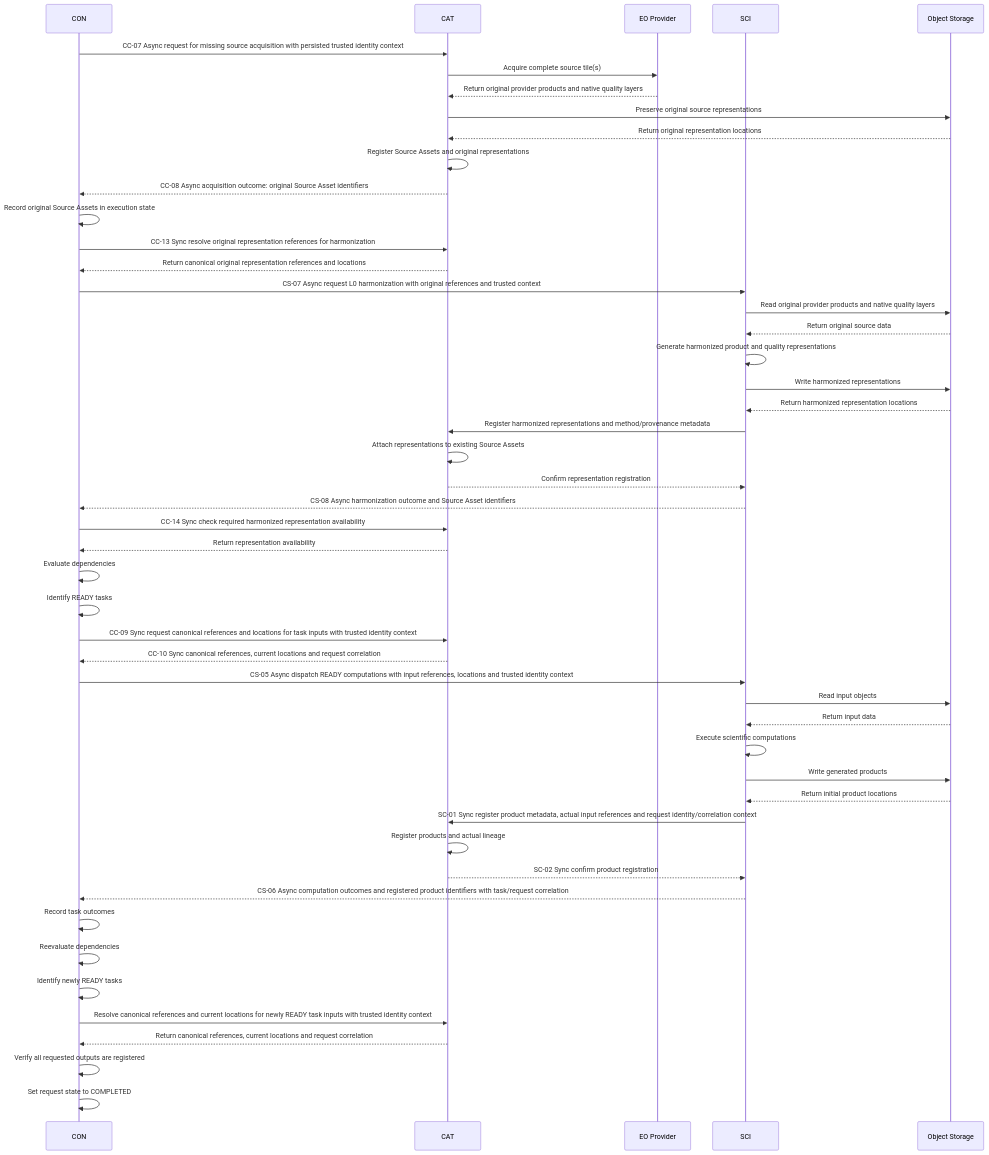
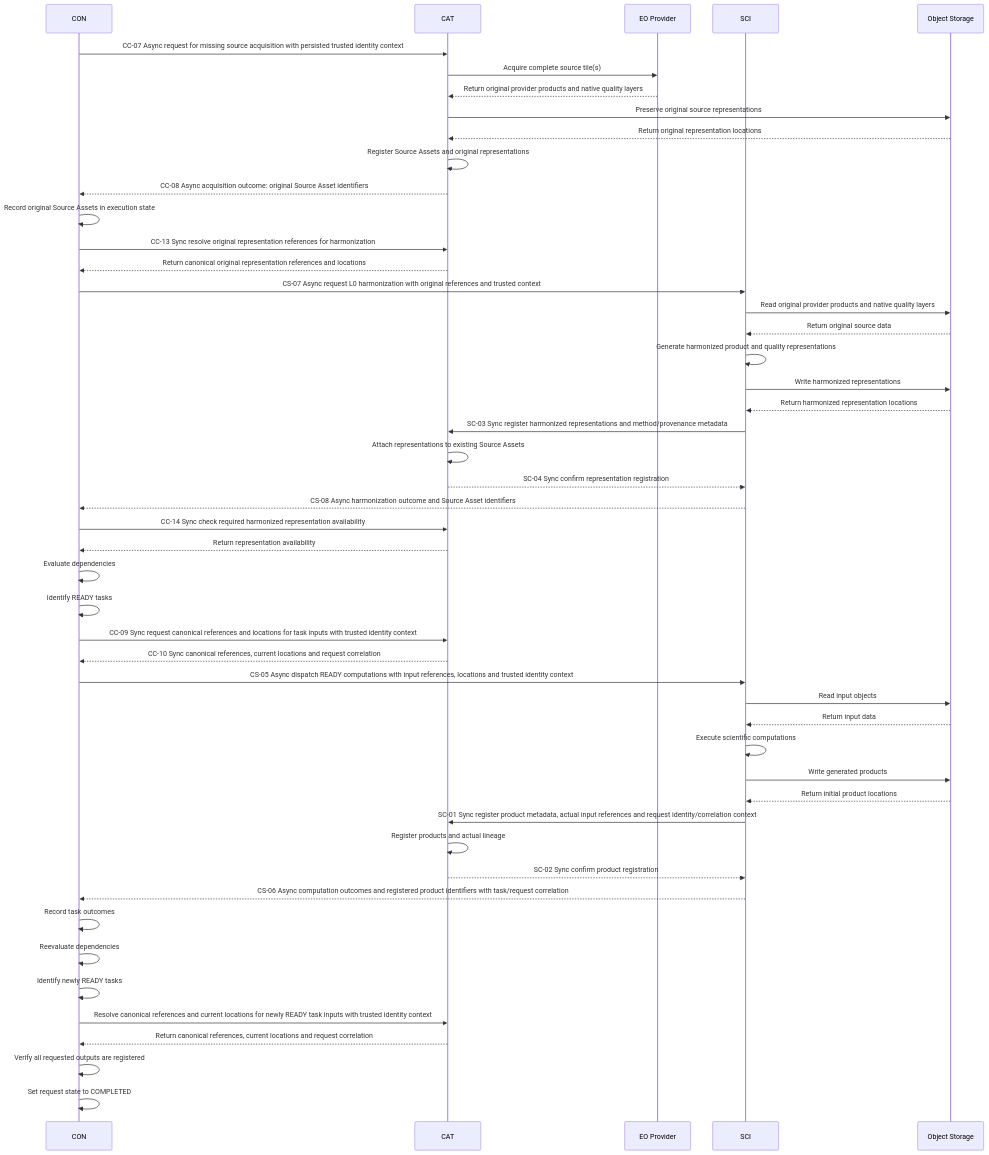
The diagram in documentation/architecture/sequence_diagrams/execute-analysis.md (arnaudsomville/MEOGAP), drawn with Mermaid before and after one commit. The commit also changed other lines of this file, not shown here.

Commit message:
Annotate async and sync workflow steps

````diff
--- a/documentation/architecture/sequence_diagrams/execute-analysis.md
+++ b/documentation/architecture/sequence_diagrams/execute-analysis.md
@@ -15,56 +15,56 @@
 ```mermaid
 sequenceDiagram
     participant CON
     participant CAT
     participant EO as EO Provider
     participant SCI
     participant S3 as Object Storage
 
     CON->>CAT: CC-07 Async request for missing source acquisition with persisted trusted identity context
     CAT->>EO: Acquire complete source tile(s)
     EO-->>CAT: Return original provider products and native quality layers
     CAT->>S3: Preserve original source representations
     S3-->>CAT: Return original representation locations
     CAT->>CAT: Register Source Assets and original representations
     CAT-->>CON: CC-08 Async acquisition outcome: original Source Asset identifiers
 
     CON->>CON: Record original Source Assets in execution state
     CON->>CAT: CC-13 Sync resolve original representation references for harmonization
     CAT-->>CON: Return canonical original representation references and locations
     CON->>SCI: CS-07 Async request L0 harmonization with original references and trusted context
     SCI->>S3: Read original provider products and native quality layers
     S3-->>SCI: Return original source data
     SCI->>SCI: Generate harmonized product and quality representations
     SCI->>S3: Write harmonized representations
     S3-->>SCI: Return harmonized representation locations
-    SCI->>CAT: Register harmonized representations and method/provenance metadata
+    SCI->>CAT: SC-03 Sync register harmonized representations and method/provenance metadata
     CAT->>CAT: Attach representations to existing Source Assets
-    CAT-->>SCI: Confirm representation registration
+    CAT-->>SCI: SC-04 Sync confirm representation registration
     SCI-->>CON: CS-08 Async harmonization outcome and Source Asset identifiers
     CON->>CAT: CC-14 Sync check required harmonized representation availability
     CAT-->>CON: Return representation availability
 
     CON->>CON: Evaluate dependencies
     CON->>CON: Identify READY tasks
     CON->>CAT: CC-09 Sync request canonical references and locations for task inputs with trusted identity context
     CAT-->>CON: CC-10 Sync canonical references, current locations and request correlation
     CON->>SCI: CS-05 Async dispatch READY computations with input references, locations and trusted identity context
 
     SCI->>S3: Read input objects
     S3-->>SCI: Return input data
     SCI->>SCI: Execute scientific computations
     SCI->>S3: Write generated products
     S3-->>SCI: Return initial product locations
     SCI->>CAT: SC-01 Sync register product metadata, actual input references and request identity/correlation context
     CAT->>CAT: Register products and actual lineage
     CAT-->>SCI: SC-02 Sync confirm product registration
     SCI-->>CON: CS-06 Async computation outcomes and registered product identifiers with task/request correlation
     CON->>CON: Record task outcomes
     CON->>CON: Reevaluate dependencies
     CON->>CON: Identify newly READY tasks
     CON->>CAT: Resolve canonical references and current locations for newly READY task inputs with trusted identity context
     CAT-->>CON: Return canonical references, current locations and request correlation
 
     CON->>CON: Verify all requested outputs are registered
     CON->>CON: Set request state to COMPLETED
 ```
````
